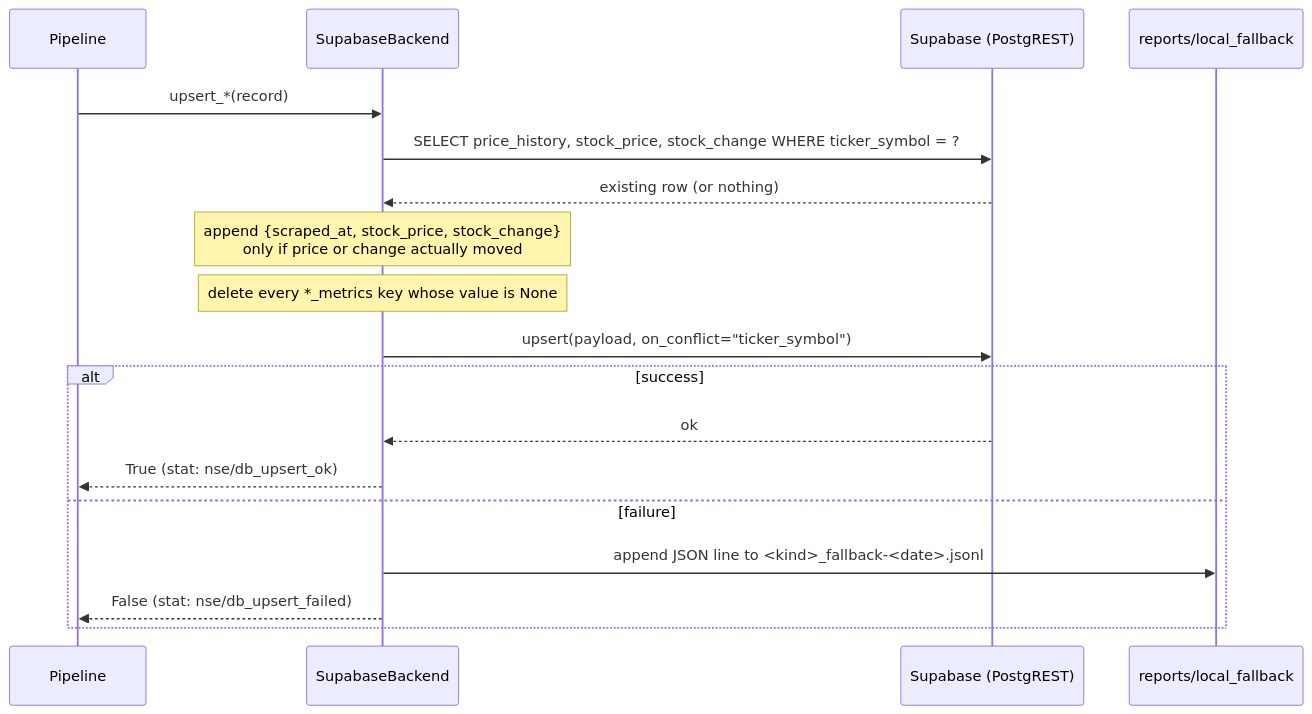
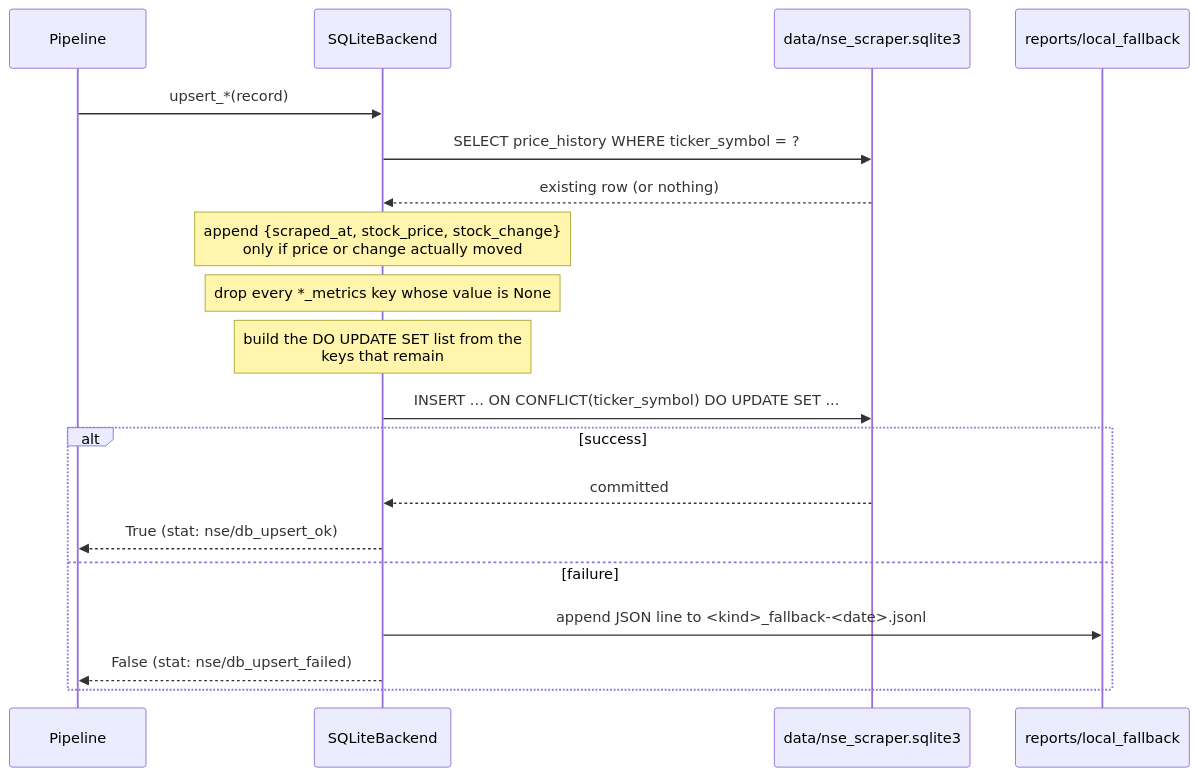
The sixth of 6 diagrams in docs/ARCHITECTURE.md (seven7-AI/nse-stock-scraper), drawn with Mermaid before and after one commit. The commit also changed other lines of this file and 31 other files, not shown here.

````diff
--- a/docs/ARCHITECTURE.md
+++ b/docs/ARCHITECTURE.md
@@ -602,21 +637,22 @@
 ```mermaid
 sequenceDiagram
     participant P as Pipeline
-    participant B as SupabaseBackend
-    participant S as Supabase (PostgREST)
+    participant B as SQLiteBackend
+    participant S as data/nse_scraper.sqlite3
     participant F as reports/local_fallback
 
     P->>B: upsert_*(record)
-    B->>S: SELECT price_history, stock_price, stock_change WHERE ticker_symbol = ?
+    B->>S: SELECT price_history WHERE ticker_symbol = ?
     S-->>B: existing row (or nothing)
     Note over B: append {scraped_at, stock_price, stock_change}<br/>only if price or change actually moved
-    Note over B: delete every *_metrics key whose value is None
-    B->>S: upsert(payload, on_conflict="ticker_symbol")
+    Note over B: drop every *_metrics key whose value is None
+    Note over B: build the DO UPDATE SET list from the<br/>keys that remain
+    B->>S: INSERT ... ON CONFLICT(ticker_symbol) DO UPDATE SET ...
     alt success
-        S-->>B: ok
+        S-->>B: committed
         B-->>P: True  (stat: nse/db_upsert_ok)
     else failure
         B->>F: append JSON line to <kind>_fallback-<date>.jsonl
         B-->>P: False (stat: nse/db_upsert_failed)
     end
 ```
````
